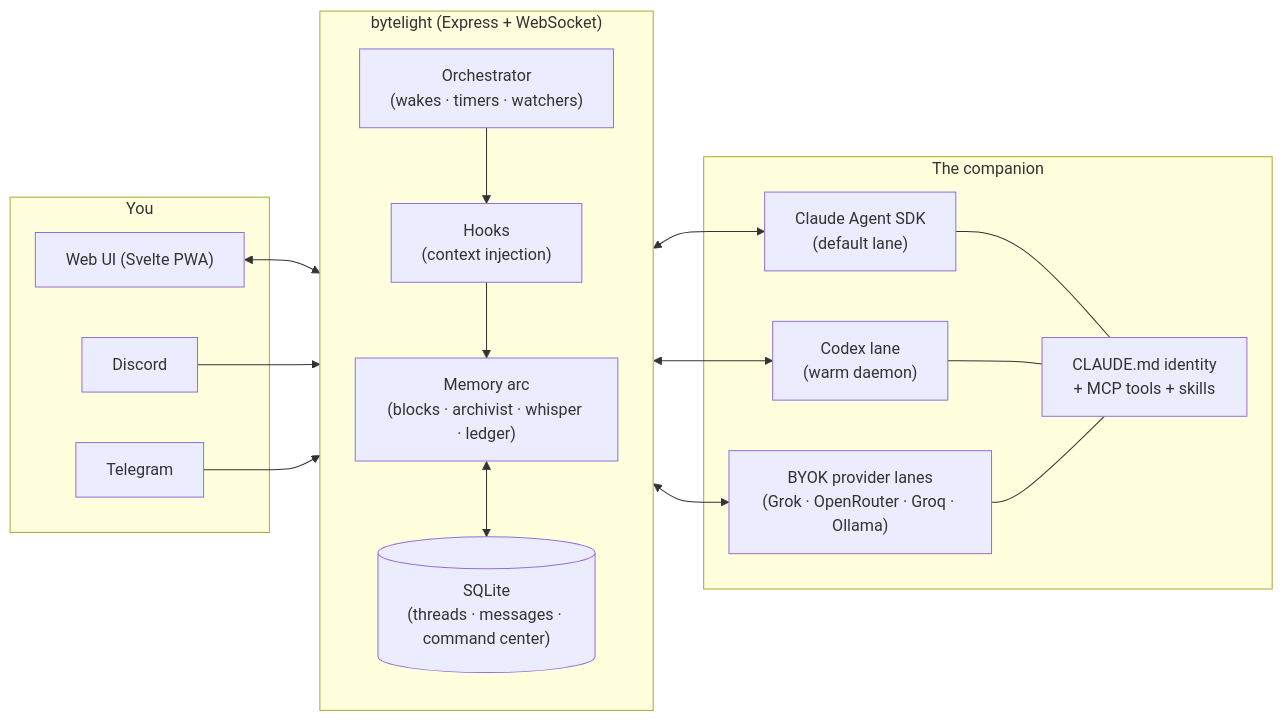
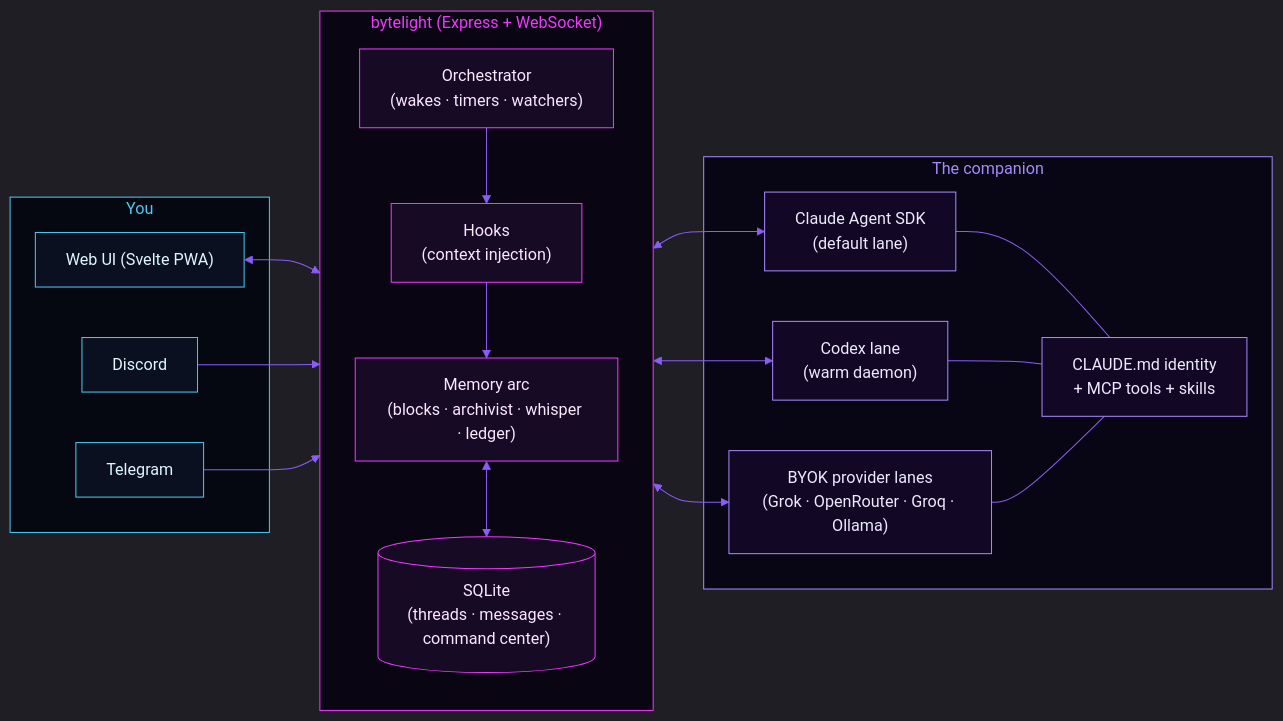
Before and after one commit to kaydartistry-maker/bytelight: the diagram in README.md, drawn with Mermaid.

Commit message:
docs: dress the architecture diagram in house neon

````diff
--- a/README.md
+++ b/README.md
@@ -102,35 +102,46 @@
 ```mermaid
+%%{init: {'theme':'dark','themeVariables':{'lineColor':'#8b5cf6','textColor':'#e8e3f5'}}}%%
 flowchart LR
     subgraph You
         UI["Web UI (Svelte PWA)"]
         DC["Discord"]
         TG["Telegram"]
     end
 
     subgraph bytelight["bytelight (Express + WebSocket)"]
         ORCH["Orchestrator<br/>(wakes · timers · watchers)"]
         HOOKS["Hooks<br/>(context injection)"]
         MEM["Memory arc<br/>(blocks · archivist · whisper · ledger)"]
         DB[("SQLite<br/>(threads · messages · command center)")]
     end
 
     subgraph Companion["The companion"]
         SDK["Claude Agent SDK<br/>(default lane)"]
         CODEX["Codex lane<br/>(warm daemon)"]
         BYOK["BYOK provider lanes<br/>(Grok · OpenRouter · Groq · Ollama)"]
         ID["CLAUDE.md identity<br/>+ MCP tools + skills"]
     end
 
     UI <--> bytelight
     DC --> bytelight
     TG --> bytelight
     bytelight <--> SDK
     bytelight <--> CODEX
     bytelight <--> BYOK
     SDK --- ID
     CODEX --- ID
     BYOK --- ID
     ORCH --> HOOKS
     HOOKS --> MEM
     MEM <--> DB
+
+    classDef you fill:#0b1020,stroke:#4cc9f0,color:#dff6ff
+    classDef core fill:#160a24,stroke:#f038ff,color:#fce7ff
+    classDef comp fill:#120826,stroke:#a78bfa,color:#ede9fe
+    class UI,DC,TG you
+    class ORCH,HOOKS,MEM,DB core
+    class SDK,CODEX,BYOK,ID comp
+    style You fill:#050810,stroke:#4cc9f0,color:#4cc9f0
+    style bytelight fill:#0a0512,stroke:#f038ff,color:#f038ff
+    style Companion fill:#080514,stroke:#a78bfa,color:#a78bfa
 ```
````
